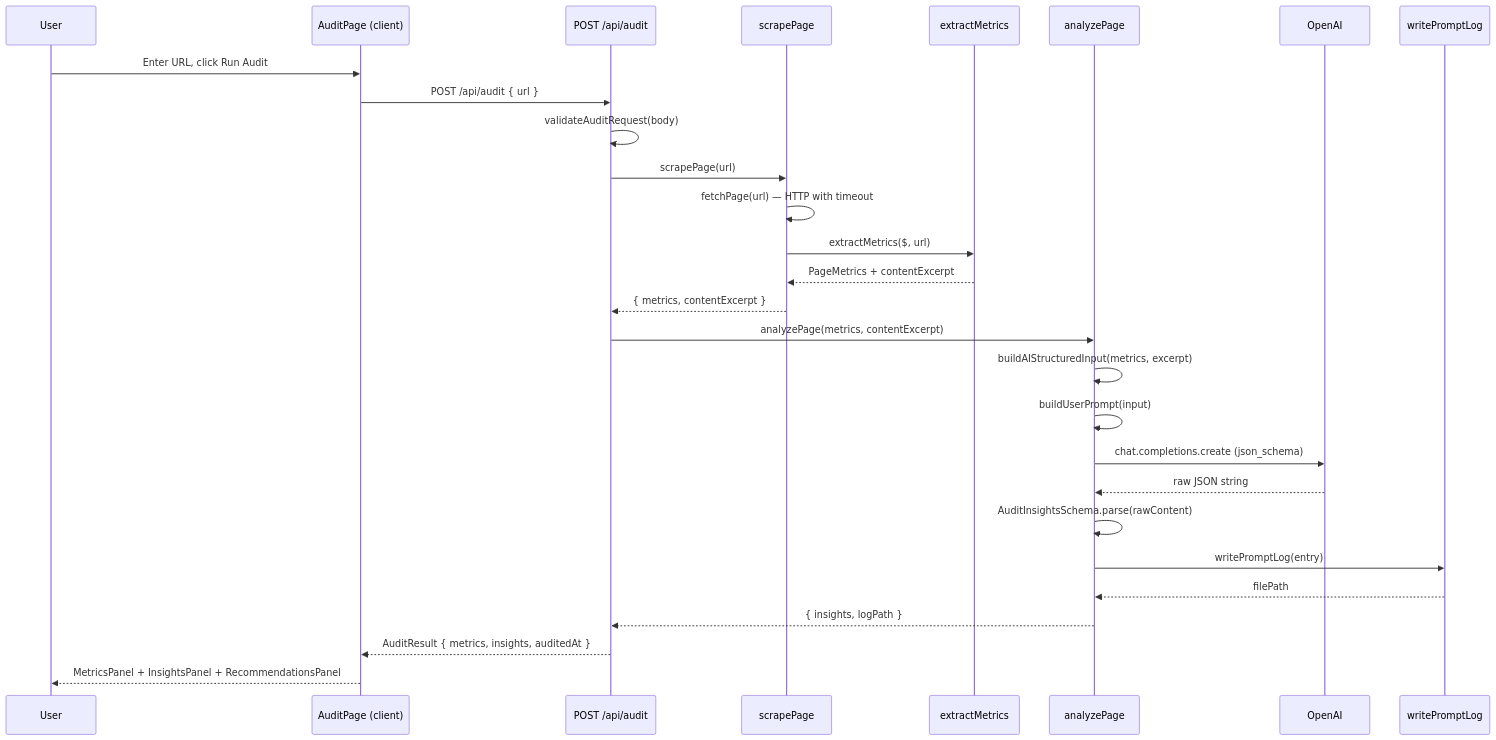
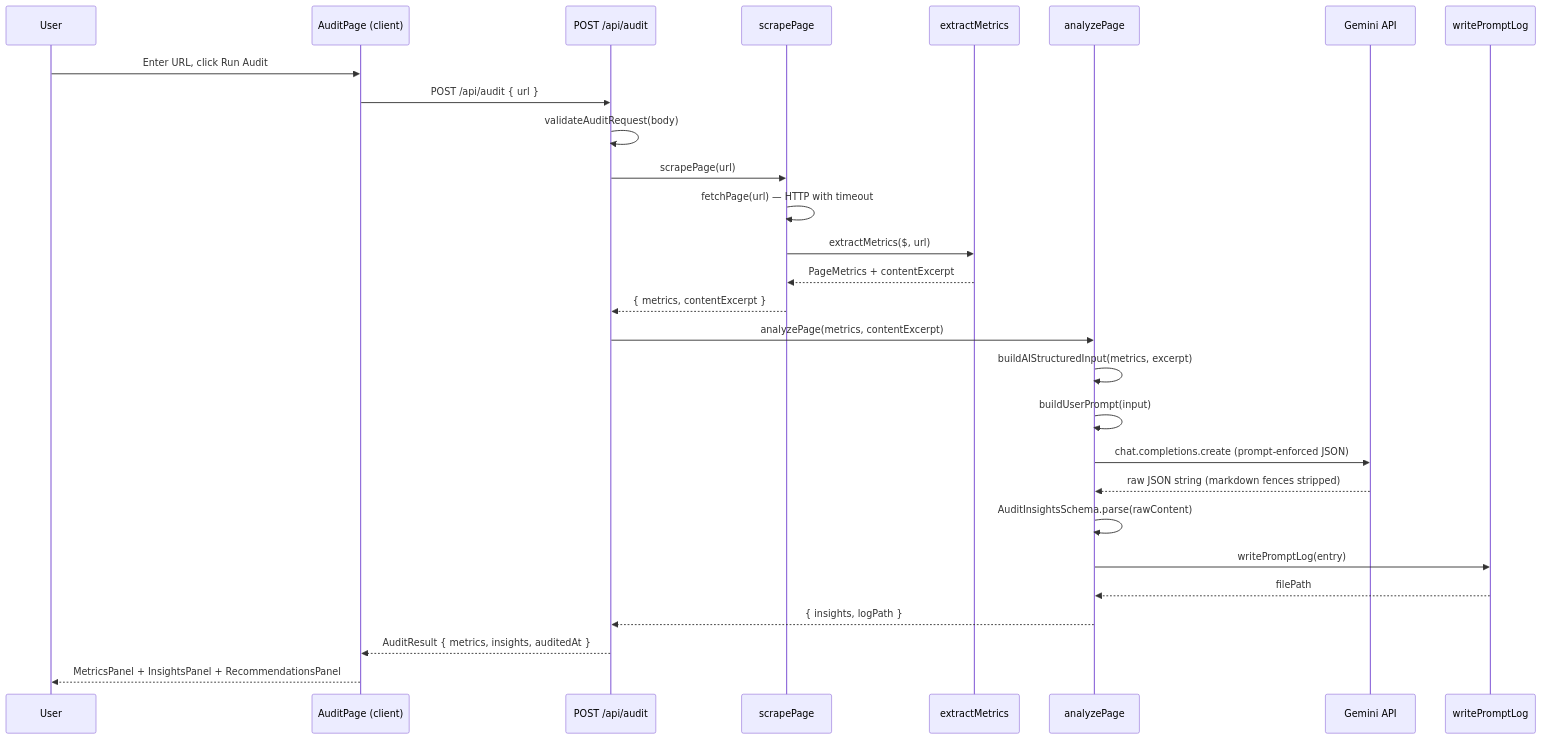
One commit to Ayesha-Asarak/eight_25 changed the diagram in docs/ARCHITECTURE.md. Above: the diagram before and after it, drawn with Mermaid. The commit also changed other lines of this file and 15 other files, not shown here.

First line of the commit message:
feat: transition from OpenAI to Google Gemini for AI insights generation

````diff
--- a/docs/ARCHITECTURE.md
+++ b/docs/ARCHITECTURE.md
@@ -21,31 +21,31 @@
 ```mermaid
 sequenceDiagram
   participant User
   participant AuditPage as AuditPage (client)
   participant API as POST /api/audit
   participant Scraper as scrapePage
   participant Metrics as extractMetrics
   participant AI as analyzePage
-  participant OpenAI
+  participant Gemini as Gemini API
   participant Logger as writePromptLog
 
   User->>AuditPage: Enter URL, click Run Audit
   AuditPage->>API: POST /api/audit { url }
   API->>API: validateAuditRequest(body)
   API->>Scraper: scrapePage(url)
   Scraper->>Scraper: fetchPage(url) — HTTP with timeout
   Scraper->>Metrics: extractMetrics($, url)
   Metrics-->>Scraper: PageMetrics + contentExcerpt
   Scraper-->>API: { metrics, contentExcerpt }
   API->>AI: analyzePage(metrics, contentExcerpt)
   AI->>AI: buildAIStructuredInput(metrics, excerpt)
   AI->>AI: buildUserPrompt(input)
-  AI->>OpenAI: chat.completions.create (json_schema)
-  OpenAI-->>AI: raw JSON string
+  AI->>Gemini: chat.completions.create (prompt-enforced JSON)
+  Gemini-->>AI: raw JSON string (markdown fences stripped)
   AI->>AI: AuditInsightsSchema.parse(rawContent)
   AI->>Logger: writePromptLog(entry)
   Logger-->>AI: filePath
   AI-->>API: { insights, logPath }
   API-->>AuditPage: AuditResult { metrics, insights, auditedAt }
   AuditPage-->>User: MetricsPanel + InsightsPanel + RecommendationsPanel
 ```
````
